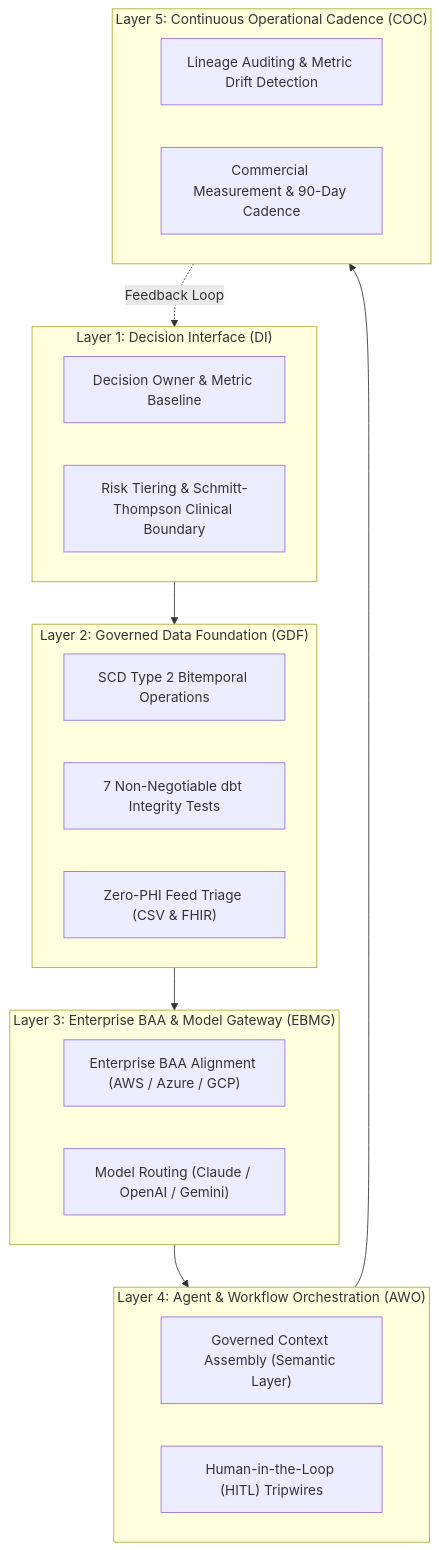
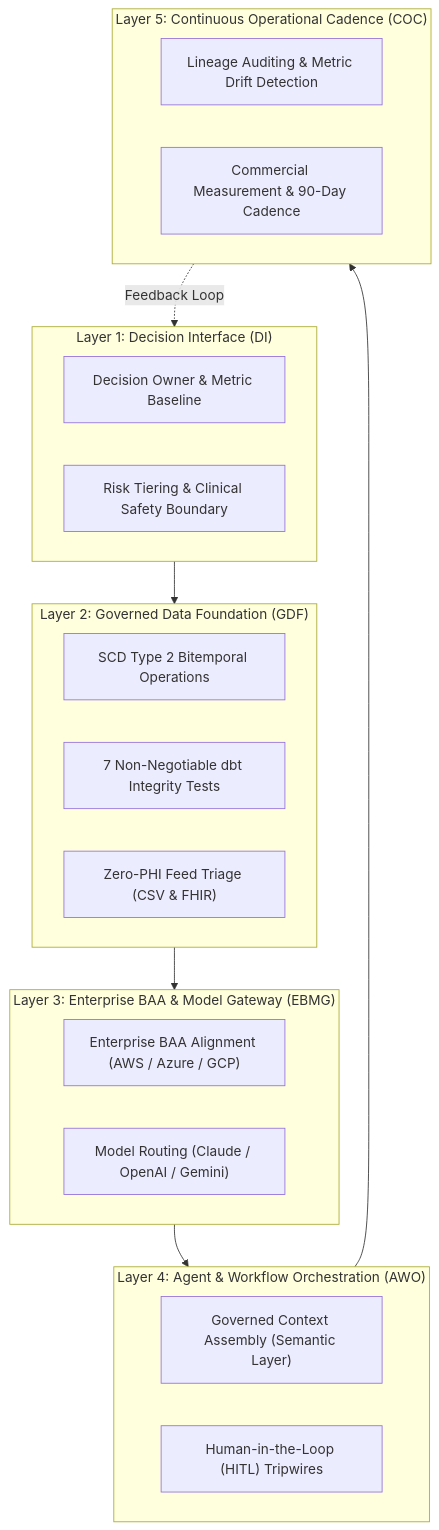
Before and after one commit to apratsunrthd/refhealth.consulting: the diagram in hdaios.md, drawn with Mermaid. The commit also changed other lines of this file and 12 other files, not shown here.

````diff
--- a/hdaios.md
+++ b/hdaios.md
@@ -17,31 +17,31 @@
 ```mermaid
 flowchart TD
     subgraph L1["Layer 1: Decision Interface (DI)"]
         DEC["Decision Owner & Metric Baseline"]
-        RISK["Risk Tiering & Schmitt-Thompson Clinical Boundary"]
+        RISK["Risk Tiering & Clinical Safety Boundary"]
     end
 
     subgraph L2["Layer 2: Governed Data Foundation (GDF)"]
         SCD2["SCD Type 2 Bitemporal Operations"]
         DBT["7 Non-Negotiable dbt Integrity Tests"]
         FEED["Zero-PHI Feed Triage (CSV & FHIR)"]
     end
 
     subgraph L3["Layer 3: Enterprise BAA & Model Gateway (EBMG)"]
         BAA["Enterprise BAA Alignment (AWS / Azure / GCP)"]
         ROUTE["Model Routing (Claude / OpenAI / Gemini)"]
     end
 
     subgraph L4["Layer 4: Agent & Workflow Orchestration (AWO)"]
         RAG["Governed Context Assembly (Semantic Layer)"]
         HITL["Human-in-the-Loop (HITL) Tripwires"]
     end
 
     subgraph L5["Layer 5: Continuous Operational Cadence (COC)"]
         AUDIT["Lineage Auditing & Metric Drift Detection"]
         ROI["Commercial Measurement & 90-Day Cadence"]
     end
 
     L1 --> L2 --> L3 --> L4 --> L5
     L5 -.->|Feedback Loop| L1
 ```
````
